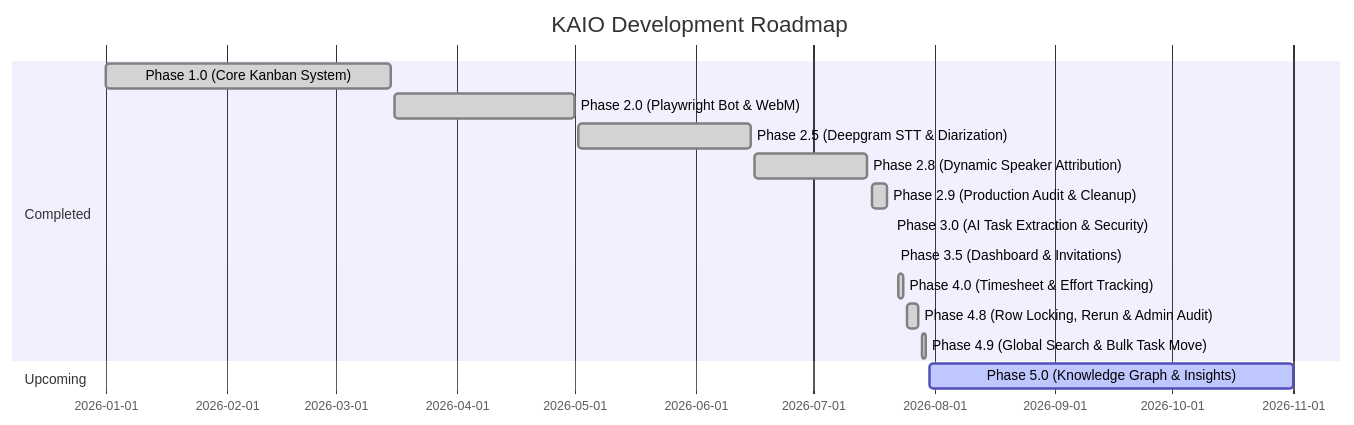
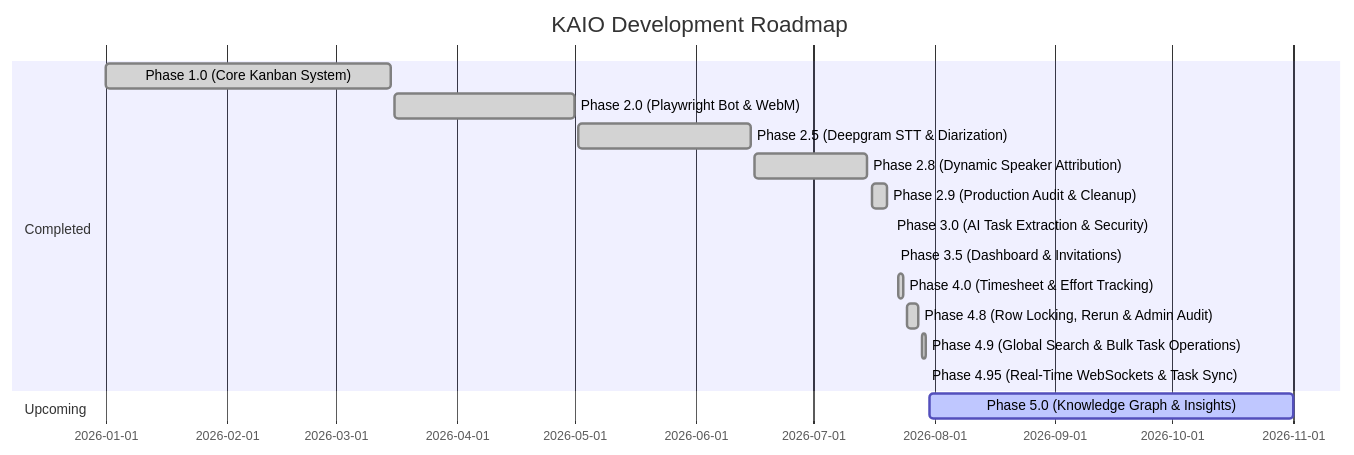
One commit to CoderArindam/kaio changed the second of 2 diagrams in docs/01_PROJECT_OVERVIEW.md. Above: the diagram before and after it, drawn with Mermaid. The commit also changed other lines of this file and 19 other files, not shown here.

Commit message:
feat: implement bulk task operations in Kanban board and add project architecture documentation, also some bug fixes and stabilization

````diff
--- a/docs/01_PROJECT_OVERVIEW.md
+++ b/docs/01_PROJECT_OVERVIEW.md
@@ -133,18 +136,19 @@
 ```mermaid
 gantt
     title KAIO Development Roadmap
     dateFormat  YYYY-MM-DD
     section Completed
     Phase 1.0 (Core Kanban System)           :done,    p1, 2026-01-01, 2026-03-15
     Phase 2.0 (Playwright Bot & WebM)        :done,    p2, 2026-03-16, 2026-05-01
     Phase 2.5 (Deepgram STT & Diarization)   :done,    p3, 2026-05-02, 2026-06-15
     Phase 2.8 (Dynamic Speaker Attribution)  :done,    p4, 2026-06-16, 2026-07-15
     Phase 2.9 (Production Audit & Cleanup)   :done,    p5, 2026-07-16, 2026-07-20
     Phase 3.0 (AI Task Extraction & Security):done,    p6, 2026-07-21, 2026-07-21
     Phase 3.5 (Dashboard & Invitations)      :done,    p7, 2026-07-22, 2026-07-22
     Phase 4.0 (Timesheet & Effort Tracking)  :done,    p8, 2026-07-23, 2026-07-24
     Phase 4.8 (Row Locking, Rerun & Admin Audit):done,  p85, 2026-07-25, 2026-07-28
-    Phase 4.9 (Global Search & Bulk Task Move) :done,  p89, 2026-07-29, 2026-07-30
+    Phase 4.9 (Global Search & Bulk Task Operations) :done,  p89, 2026-07-29, 2026-07-30
+    Phase 4.95 (Real-Time WebSockets & Task Sync):done, p895, 2026-07-30, 2026-07-30
     section Upcoming
     Phase 5.0 (Knowledge Graph & Insights)   :active,  p9, 2026-07-31, 2026-11-01
 ```
````
